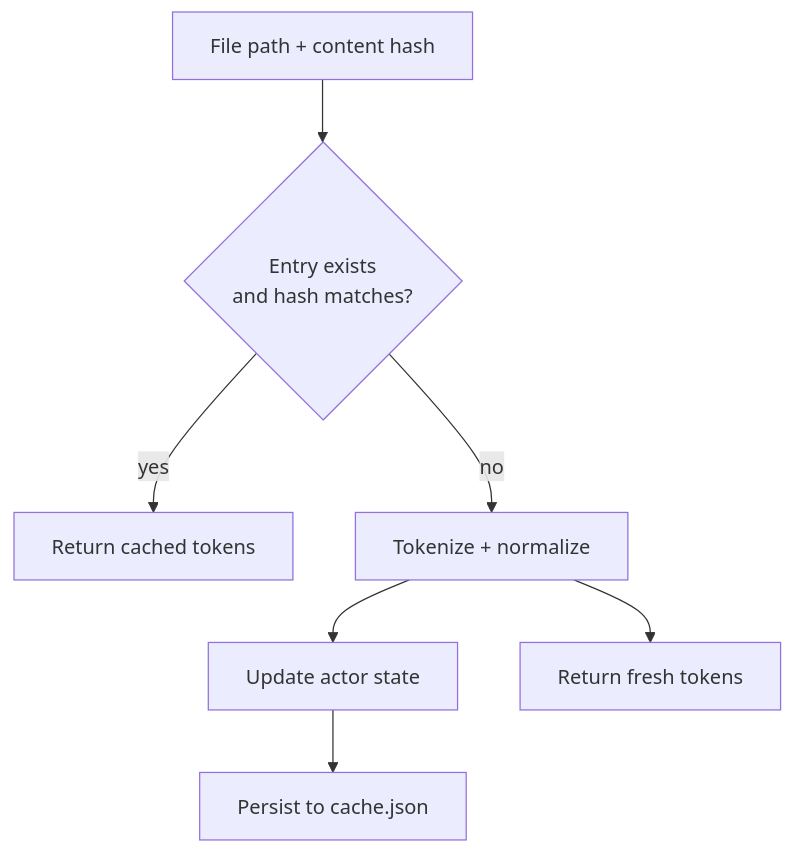
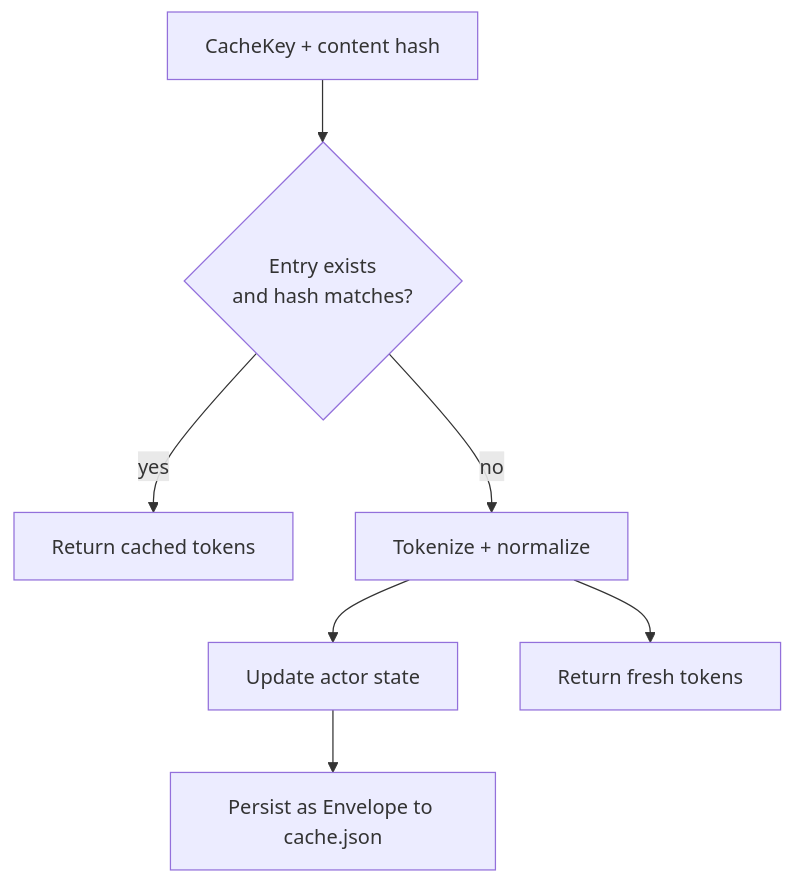
One commit to ericodx/swift-cpd changed the third of 5 diagrams in Docs/Architecture/05-supporting-systems.md. Above: the diagram before and after it, drawn with Mermaid. The commit also changed other lines of this file, not shown here.

Commit message:
docs: Architecture/05-supporting-systems documents cache schema v2 envelope

````diff
--- a/Docs/Architecture/05-supporting-systems.md
+++ b/Docs/Architecture/05-supporting-systems.md
@@ -63,9 +63,9 @@
 ```mermaid
 flowchart TD
-    A[File path + content hash] --> B{Entry exists<br/>and hash matches?}
+    A[CacheKey + content hash] --> B{Entry exists<br/>and hash matches?}
     B -- yes --> C[Return cached tokens]
     B -- no --> D[Tokenize + normalize]
     D --> E[Update actor state]
-    E --> F[Persist to cache.json]
+    E --> F[Persist as Envelope to cache.json]
     D --> G[Return fresh tokens]
 ```
````
